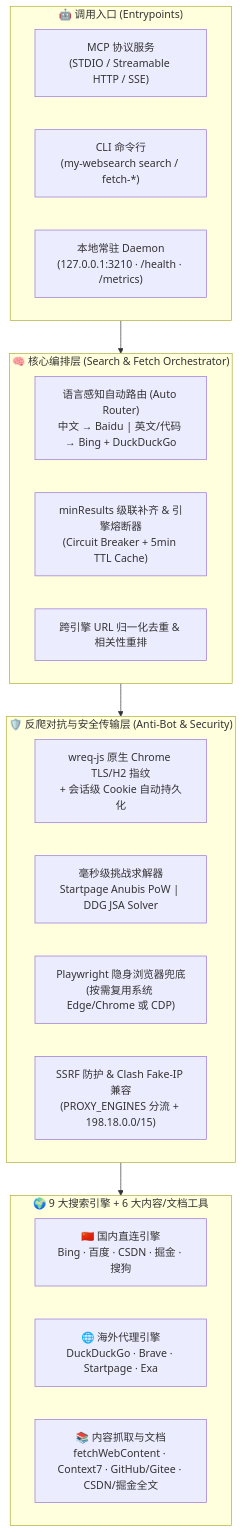
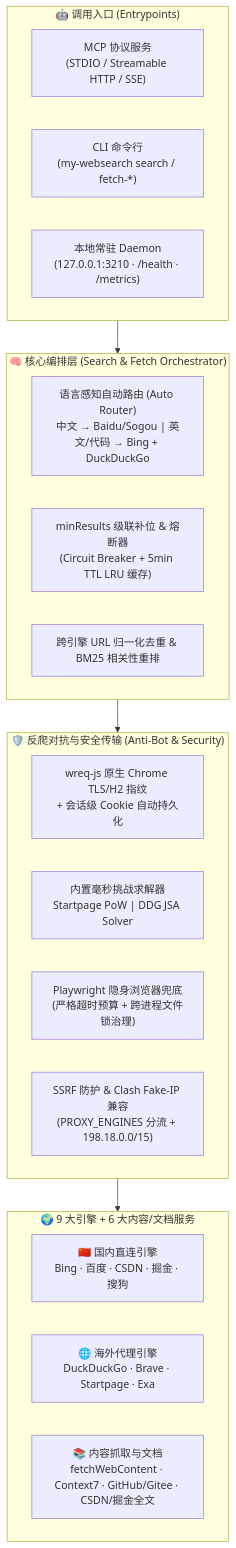
Before and after one commit to wtznicy/my-websearch: the diagram in README-zh.md, drawn with Mermaid. The commit also changed other lines of this file and 10 other files, not shown here.

````diff
--- a/README-zh.md
+++ b/README-zh.md
@@ -44,31 +41,31 @@
 ```mermaid
 flowchart TB
     subgraph Clients["🤖 调用入口 (Entrypoints)"]
         MCP["MCP 协议服务<br/>(STDIO / Streamable HTTP / SSE)"]
         CLI["CLI 命令行<br/>(my-websearch search / fetch-*)"]
         Daemon["本地常驻 Daemon<br/>(127.0.0.1:3210 · /health · /metrics)"]
     end
 
     subgraph Core["🧠 核心编排层 (Search & Fetch Orchestrator)"]
-        Router["语言感知自动路由 (Auto Router)<br/>中文 → Baidu | 英文/代码 → Bing + DuckDuckGo"]
-        Cascade["minResults 级联补齐 & 引擎熔断器<br/>(Circuit Breaker + 5min TTL Cache)"]
-        Ranker["跨引擎 URL 归一化去重 & 相关性重排"]
+        Router["语言感知自动路由 (Auto Router)<br/>中文 → Baidu/Sogou | 英文/代码 → Bing + DuckDuckGo"]
+        Cascade["minResults 级联补位 & 熔断器<br/>(Circuit Breaker + 5min TTL LRU 缓存)"]
+        Ranker["跨引擎 URL 归一化去重 & BM25 相关性重排"]
     end
 
-    subgraph Transport["🛡️ 反爬对抗与安全传输层 (Anti-Bot & Security)"]
+    subgraph Transport["🛡️ 反爬对抗与安全传输 (Anti-Bot & Security)"]
         Wreq["wreq-js 原生 Chrome TLS/H2 指纹<br/>+ 会话级 Cookie 自动持久化"]
-        Solvers["毫秒级挑战求解器<br/>Startpage Anubis PoW | DDG JSA Solver"]
-        PW["Playwright 隐身浏览器兜底<br/>(按需复用系统 Edge/Chrome 或 CDP)"]
+        Solvers["内置毫秒挑战求解器<br/>Startpage PoW | DDG JSA Solver"]
+        PW["Playwright 隐身浏览器兜底<br/>(严格超时预算 + 跨进程文件锁治理)"]
         Guard["SSRF 防护 & Clash Fake-IP 兼容<br/>(PROXY_ENGINES 分流 + 198.18.0.0/15)"]
     end
 
-    subgraph Engines["🌍 9 大搜索引擎 + 6 大内容/文档工具"]
+    subgraph Engines["🌍 9 大引擎 + 6 大内容/文档服务"]
         CN["🇨🇳 国内直连引擎<br/>Bing · 百度 · CSDN · 掘金 · 搜狗"]
         INTL["🌐 海外代理引擎<br/>DuckDuckGo · Brave · Startpage · Exa"]
         Docs["📚 内容抓取与文档<br/>fetchWebContent · Context7 · GitHub/Gitee · CSDN/掘金全文"]
     end
 
     Clients --> Core
     Core --> Transport
     Transport --> Engines
 ```
````
